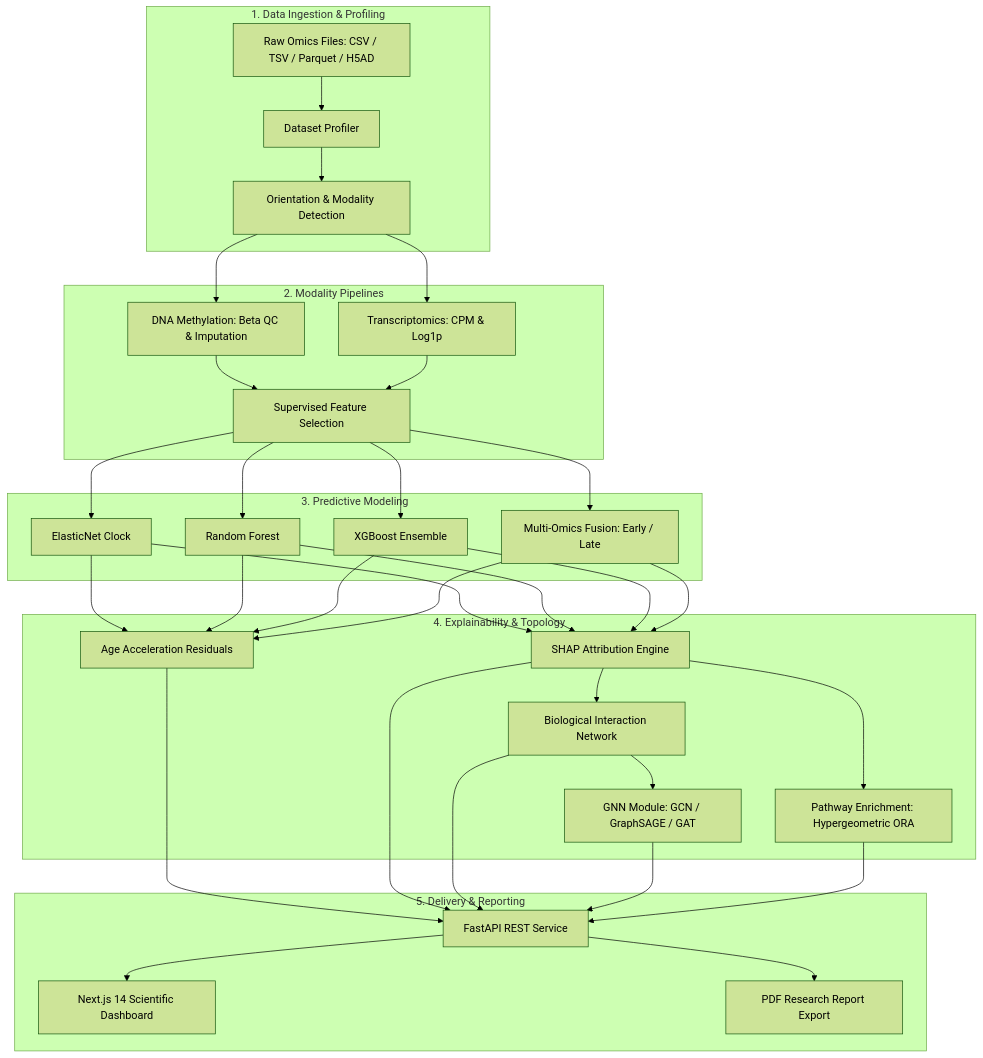
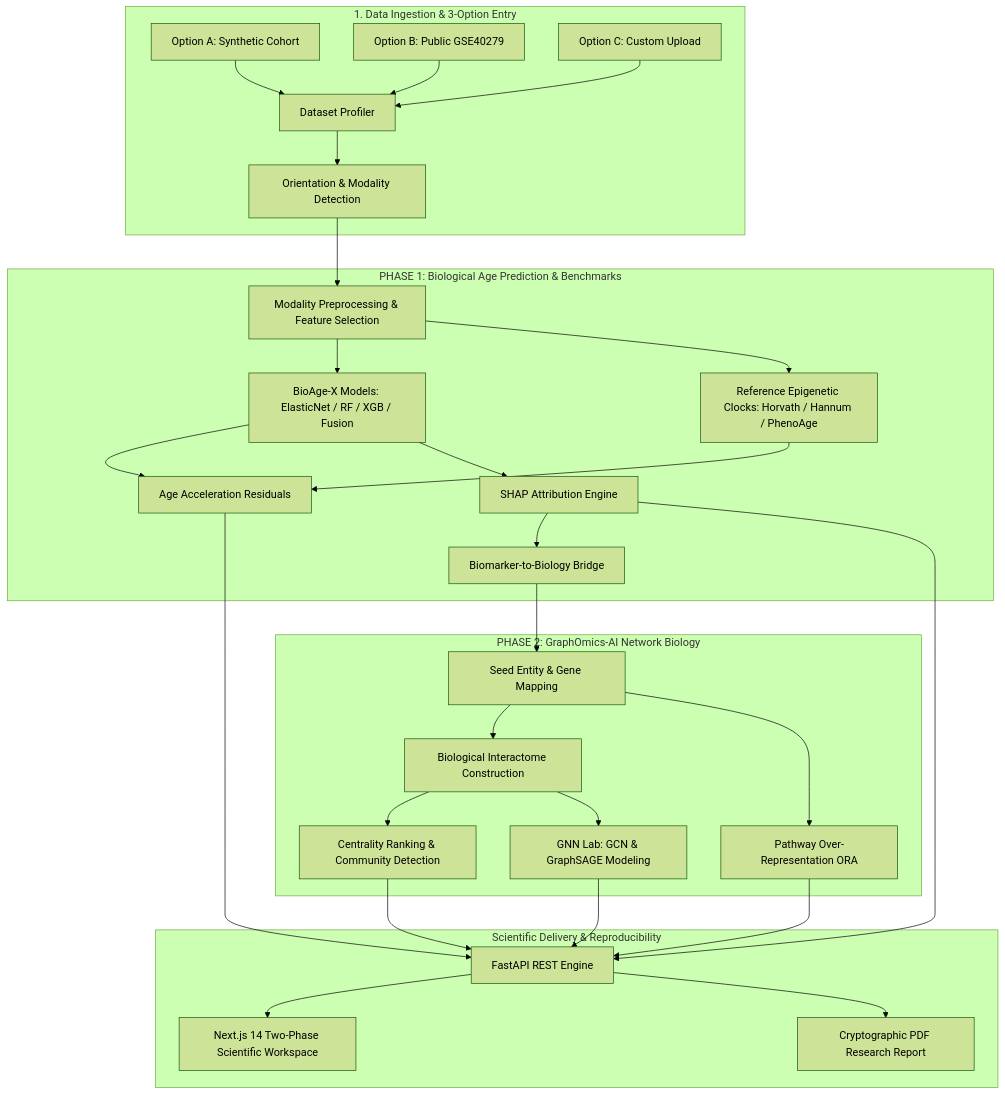
Before and after one commit to AceAss/BioAge-X: the diagram in README.md, drawn with Mermaid (forest theme). The commit also changed other lines of this file and 64 other files, not shown here.

First line of the commit message:
feat: complete BioAge-X platform — Prompts 1-5 verified (97/100 audit score)

````diff
--- a/README.md
+++ b/README.md
@@ -60,34 +117,32 @@
 ```mermaid
 flowchart TD
-    subgraph Ingestion ["1. Data Ingestion & Profiling"]
-        A[Raw Omics Files: CSV / TSV / Parquet / H5AD] --> B[Dataset Profiler]
+    subgraph Ingestion ["1. Data Ingestion & 3-Option Entry"]
+        A1[Option A: Synthetic Cohort] --> B[Dataset Profiler]
+        A2[Option B: Public GSE40279] --> B
+        A3[Option C: Custom Upload] --> B
         B --> C[Orientation & Modality Detection]
     end
 
-    subgraph Preprocessing ["2. Modality Pipelines"]
-        C --> D[DNA Methylation: Beta QC & Imputation]
-        C --> E[Transcriptomics: CPM & Log1p]
-        D & E --> F[Supervised Feature Selection]
+    subgraph Phase1 ["PHASE 1: Biological Age Prediction & Benchmarks"]
+        C --> D[Modality Preprocessing & Feature Selection]
+        D --> E[BioAge-X Models: ElasticNet / RF / XGB / Fusion]
+        D --> F[Reference Epigenetic Clocks: Horvath / Hannum / PhenoAge]
+        E & F --> G[Age Acceleration Residuals]
+        E --> H[SHAP Attribution Engine]
+        H --> I[Biomarker-to-Biology Bridge]
     end
 
-    subgraph Modeling ["3. Predictive Modeling"]
-        F --> G[ElasticNet Clock]
-        F --> H[Random Forest]
-        F --> I[XGBoost Ensemble]
-        F --> J[Multi-Omics Fusion: Early / Late]
+    subgraph Phase2 ["PHASE 2: GraphOmics-AI Network Biology"]
+        I --> J[Seed Entity & Gene Mapping]
+        J --> K[Biological Interactome Construction]
+        K --> L[Centrality Ranking & Community Detection]
+        J --> M[Pathway Over-Representation ORA]
+        K --> N[GNN Lab: GCN & GraphSAGE Modeling]
     end
 
-    subgraph Explainability ["4. Explainability & Topology"]
-        G & H & I & J --> K[Age Acceleration Residuals]
-        G & H & I & J --> L[SHAP Attribution Engine]
-        L --> M[Biological Interaction Network]
-        M --> N[GNN Module: GCN / GraphSAGE / GAT]
-        L --> O[Pathway Enrichment: Hypergeometric ORA]
-    end
-
-    subgraph Delivery ["5. Delivery & Reporting"]
-        K & L & M & N & O --> P[FastAPI REST Service]
-        P --> Q[Next.js 14 Scientific Dashboard]
-        P --> R[PDF Research Report Export]
+    subgraph Reporting ["Scientific Delivery & Reproducibility"]
+        G & H & L & M & N --> O[FastAPI REST Engine]
+        O --> P[Next.js 14 Two-Phase Scientific Workspace]
+        O --> Q[Cryptographic PDF Research Report]
     end
 ```
````
